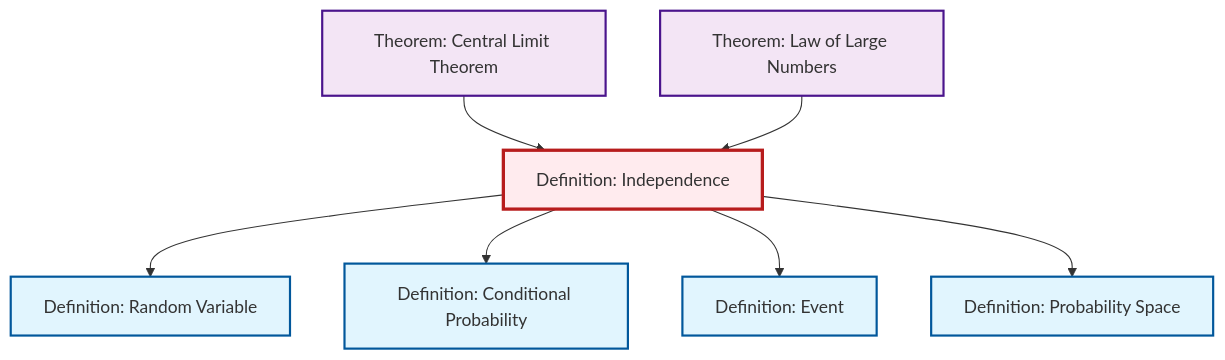
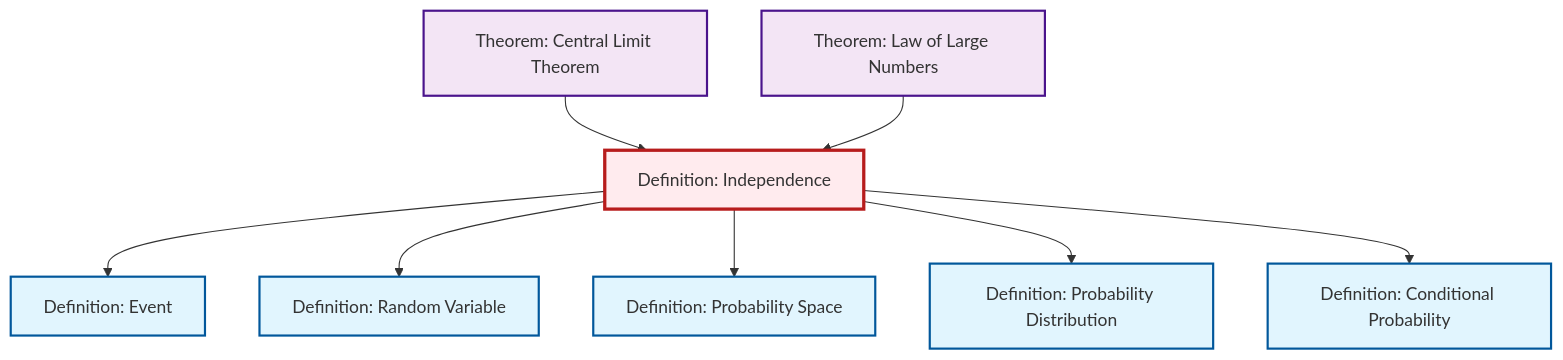
The diagram in content/ja/probability-statistics/def-independence.qmd (RK0429/ModernMath), drawn with Mermaid before and after one commit. The commit also changed 634 other files, not shown here.

````diff
--- a/content/ja/probability-statistics/def-independence.qmd
+++ b/content/ja/probability-statistics/def-independence.qmd
@@ -115,29 +115,32 @@
 ```{mermaid}
 %%| fig-cap: "Local dependency graph"
 graph TD
     classDef definition fill:#e1f5fe,stroke:#01579b,stroke-width:2px
     classDef theorem fill:#f3e5f5,stroke:#4a148c,stroke-width:2px
     classDef axiom fill:#fff3e0,stroke:#e65100,stroke-width:2px
     classDef example fill:#e8f5e9,stroke:#1b5e20,stroke-width:2px
     classDef current fill:#ffebee,stroke:#b71c1c,stroke-width:3px
-    thm-central-limit["Theorem: Central Limit Theorem"]:::theorem
-    def-event["Definition: Event"]:::definition
-    thm-law-of-large-numbers["Theorem: Law of Large Numbers"]:::theorem
-    def-probability-space["Definition: Probability Space"]:::definition
-    def-random-variable["Definition: Random Variable"]:::definition
     def-independence["Definition: Independence"]:::definition
     def-conditional-probability["Definition: Conditional Probability"]:::definition
+    def-event["Definition: Event"]:::definition
+    def-probability-space["Definition: Probability Space"]:::definition
+    thm-central-limit["Theorem: Central Limit Theorem"]:::theorem
+    def-probability-distribution["Definition: Probability Distribution"]:::definition
+    thm-law-of-large-numbers["Theorem: Law of Large Numbers"]:::theorem
+    def-random-variable["Definition: Random Variable"]:::definition
+    def-independence --> def-event
+    def-independence --> def-random-variable
+    def-independence --> def-probability-space
     thm-central-limit --> def-independence
-    def-independence --> def-random-variable
+    thm-law-of-large-numbers --> def-independence
+    def-independence --> def-probability-distribution
     def-independence --> def-conditional-probability
-    def-independence --> def-event
-    thm-law-of-large-numbers --> def-independence
-    def-independence --> def-probability-space
     class def-independence current
+    click def-conditional-probability "def-conditional-probability.html" "Definition: Conditional Probabilityへ"
+    click def-event "def-event.html" "Definition: Eventへ"
+    click def-probability-space "def-probability-space.html" "Definition: Probability Spaceへ"
     click thm-central-limit "thm-central-limit.html" "Theorem: Central Limit Theoremへ"
-    click def-event "def-event.html" "Definition: Eventへ"
+    click def-probability-distribution "def-probability-distribution.html" "Definition: Probability Distributionへ"
     click thm-law-of-large-numbers "thm-law-of-large-numbers.html" "Theorem: Law of Large Numbersへ"
-    click def-probability-space "def-probability-space.html" "Definition: Probability Spaceへ"
     click def-random-variable "def-random-variable.html" "Definition: Random Variableへ"
-    click def-conditional-probability "def-conditional-probability.html" "Definition: Conditional Probabilityへ"
 ```
````
